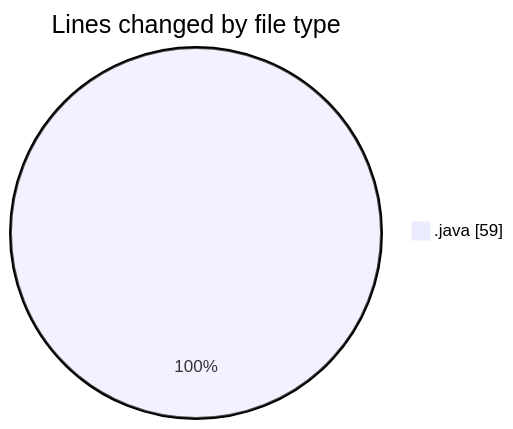
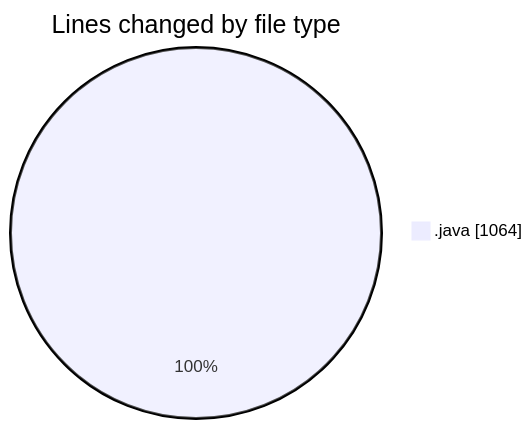
The first of 2 diagrams in 2026-03-31/cilapp/README.md (ricardozamudiocil/code-tracking), drawn with Mermaid before and after one commit. The commit also changed other lines of this file and 1 other file, not shown here.

````diff
--- a/2026-03-31/cilapp/README.md
+++ b/2026-03-31/cilapp/README.md
@@ -20,5 +20,5 @@
 ```mermaid
 pie showData
 title Lines changed by file type
-".java" : 59
+".java" : 1064
 ```
````
